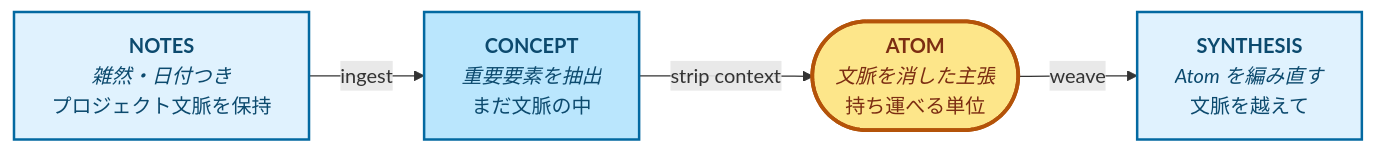
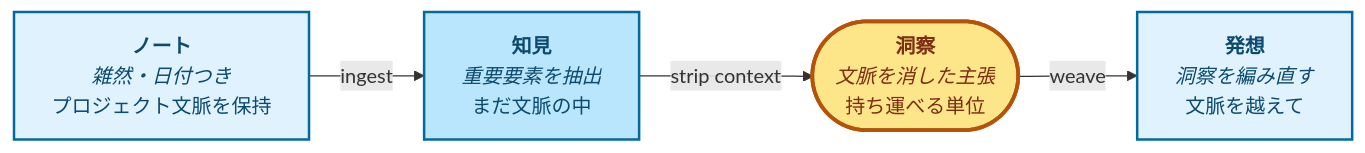
Before and after one commit to kumagallium/Graphium: the diagram in docs/CONCEPT.ja.md, drawn with Mermaid. The commit also changed other lines of this file and 9 other files, not shown here.

First line of the commit message:
refactor(wiki): rename Knowledge layer labels (Atom→Insights, Synthesis→Ideas, AI→Knowledge)

````diff
--- a/docs/CONCEPT.ja.md
+++ b/docs/CONCEPT.ja.md
@@ -68,16 +68,16 @@
 ```mermaid
 flowchart LR
-    N["<b>NOTES</b><br/><i>雑然・日付つき</i><br/>プロジェクト文脈を保持"]
-    C["<b>CONCEPT</b><br/><i>重要要素を抽出</i><br/>まだ文脈の中"]
-    A(["<b>ATOM</b><br/><i>文脈を消した主張</i><br/>持ち運べる単位"])
-    S["<b>SYNTHESIS</b><br/><i>Atom を編み直す</i><br/>文脈を越えて"]
+    N["<b>ノート</b><br/><i>雑然・日付つき</i><br/>プロジェクト文脈を保持"]
+    C["<b>知見</b><br/><i>重要要素を抽出</i><br/>まだ文脈の中"]
+    A(["<b>洞察</b><br/><i>文脈を消した主張</i><br/>持ち運べる単位"])
+    S["<b>発想</b><br/><i>洞察を編み直す</i><br/>文脈を越えて"]
 
     N -->|ingest| C
     C -->|strip context| A
     A -->|weave| S
 
     style N fill:#e0f2fe,stroke:#0369a1,stroke-width:2px,color:#0c4a6e
     style C fill:#bae6fd,stroke:#0369a1,stroke-width:2px,color:#0c4a6e
     style A fill:#fde68a,stroke:#b45309,stroke-width:3px,color:#7c2d12
     style S fill:#e0f2fe,stroke:#0369a1,stroke-width:2px,color:#0c4a6e
 ```
````
